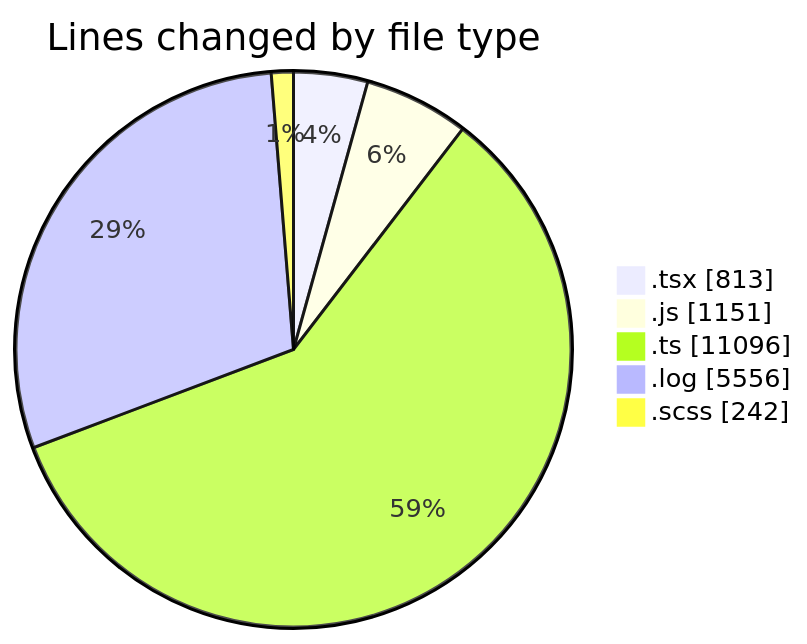
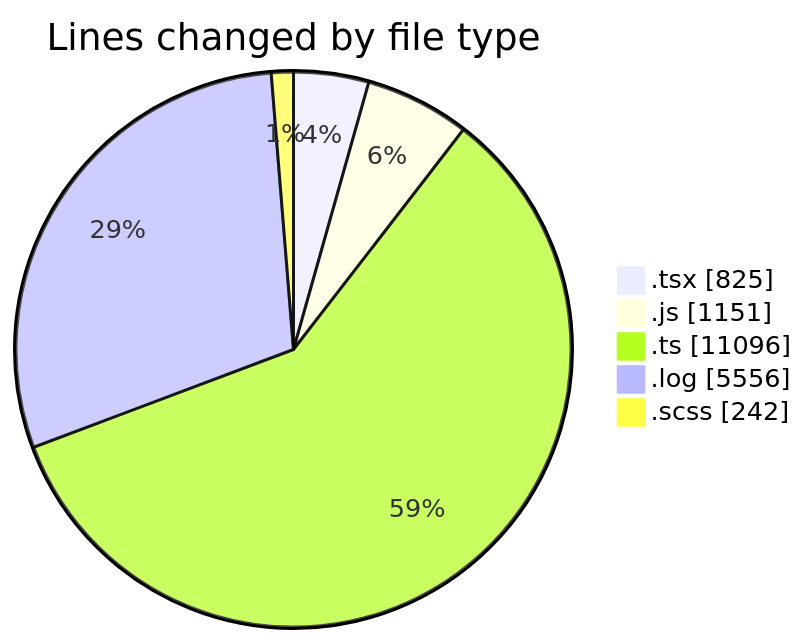
Before and after one commit to momahboobian/code-tracking: the first of 2 diagrams in 2026-04-09/cda/README.md, drawn with Mermaid. The commit also changed other lines of this file and 1 other file, not shown here.

````diff
--- a/2026-04-09/cda/README.md
+++ b/2026-04-09/cda/README.md
@@ -31,9 +31,9 @@
 ```mermaid
 pie showData
 title Lines changed by file type
-".tsx" : 813
+".tsx" : 825
 ".js" : 1151
 ".ts" : 11096
 ".log" : 5556
 ".scss" : 242
 ```
````
